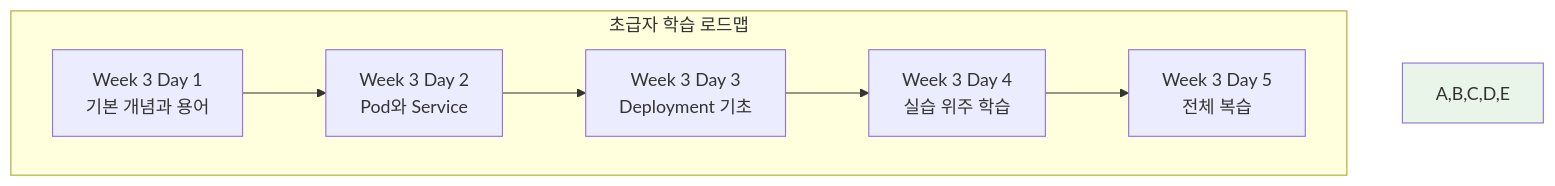
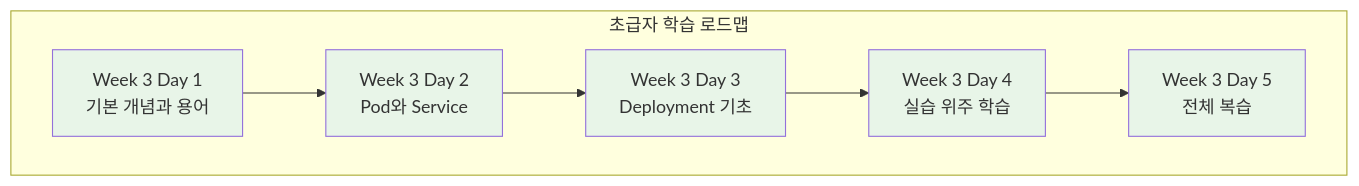
The first of 3 diagrams in theory/week_02/day4/session_5.md (niceguy61/kdt_devops_lecture_2025), drawn with Mermaid before and after one commit. The commit also changed other lines of this file and 12 other files, not shown here.

Commit message:
mermaid 수정

````diff
--- a/theory/week_02/day4/session_5.md
+++ b/theory/week_02/day4/session_5.md
@@ -52,14 +52,18 @@
 ```mermaid
 graph TB
     subgraph "초급자 학습 로드맵"
         A[Week 3 Day 1<br/>기본 개념과 용어]
         B[Week 3 Day 2<br/>Pod와 Service]
         C[Week 3 Day 3<br/>Deployment 기초]
         D[Week 3 Day 4<br/>실습 위주 학습]
         E[Week 3 Day 5<br/>전체 복습]
     end
     
     A --> B --> C --> D --> E
     
-    style A,B,C,D,E fill:#e8f5e8
+    style A fill:#e8f5e8
+    style B fill:#e8f5e8
+    style C fill:#e8f5e8
+    style D fill:#e8f5e8
+    style E fill:#e8f5e8
 ```
````
